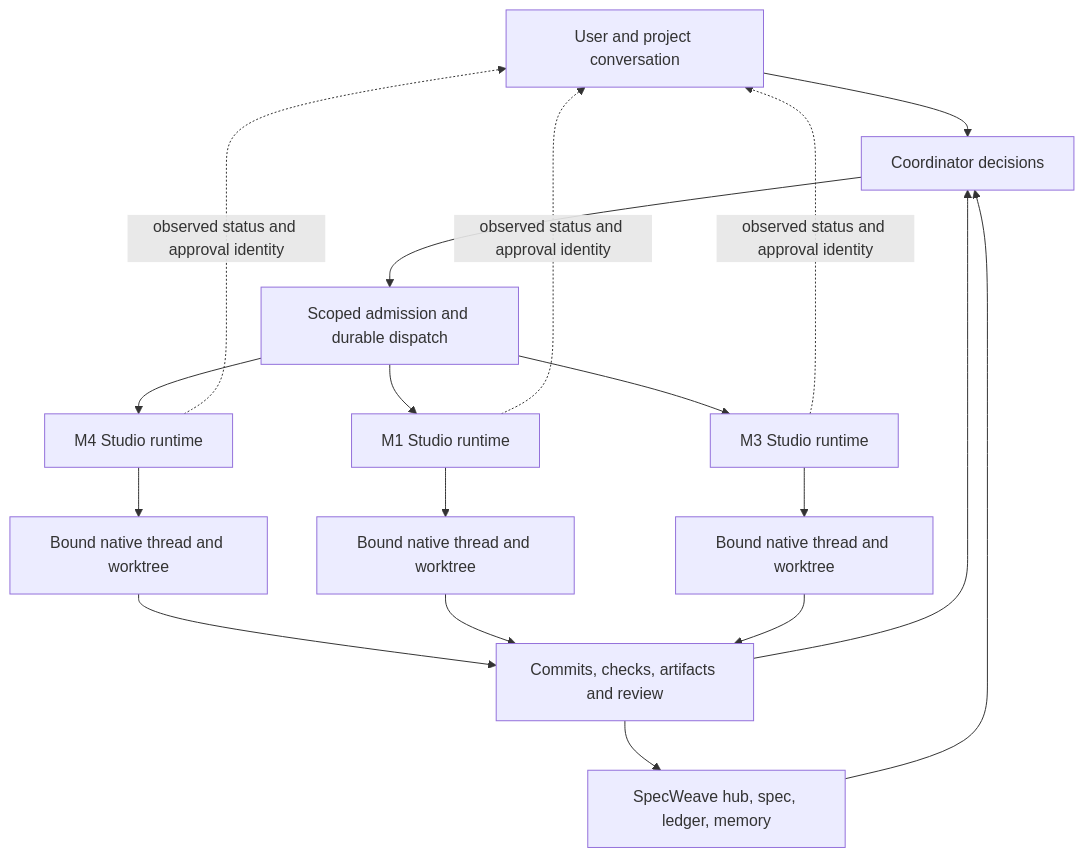
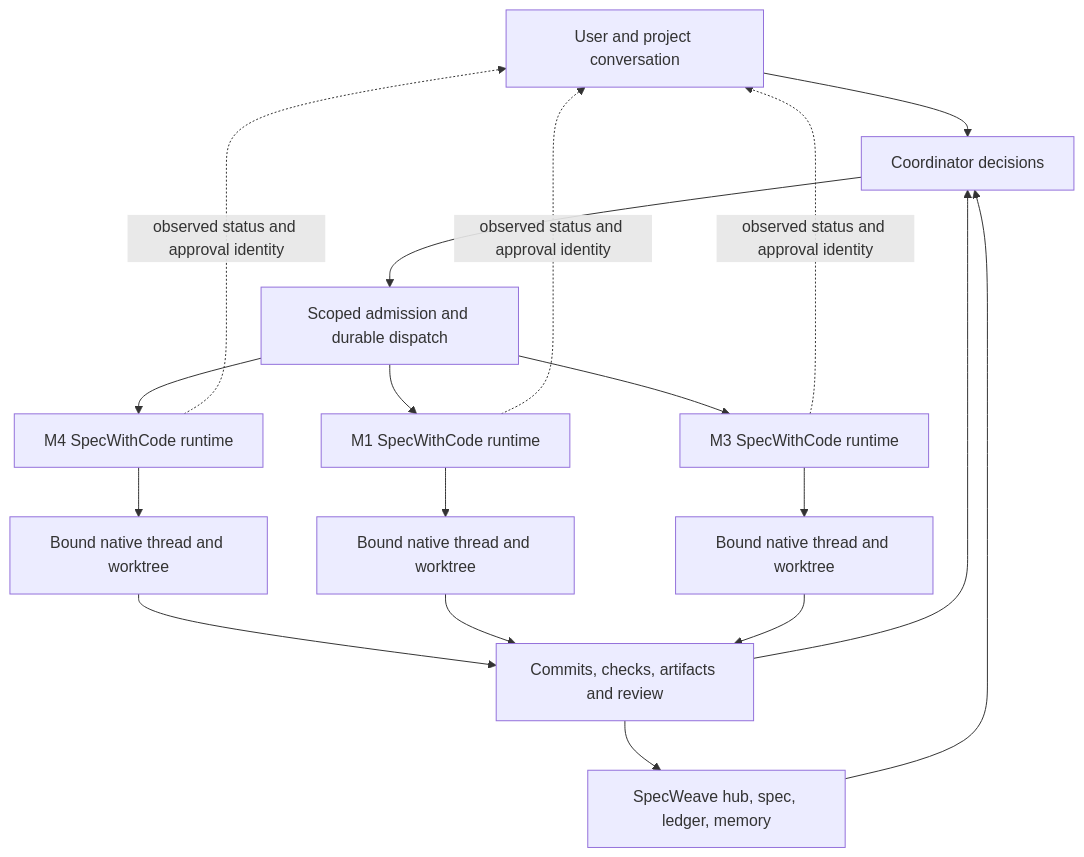
Before and after one commit to anton-abyzov/specwithcode: the diagram in docs/studio/project-orchestration.md, drawn with Mermaid. The commit also changed other lines of this file and 974 other files, not shown here.

First line of the commit message:
SpecWithCode 1.0.35

````diff
--- a/docs/studio/project-orchestration.md
+++ b/docs/studio/project-orchestration.md
@@ -131,20 +131,20 @@
 ```mermaid
 flowchart TB
   U[User and project conversation] --> C[Coordinator decisions]
   H[SpecWeave hub, spec, ledger, memory] --> C
   C --> A[Scoped admission and durable dispatch]
-  A --> M4[M4 Studio runtime]
-  A --> M1[M1 Studio runtime]
-  A --> M3[M3 Studio runtime]
+  A --> M4[M4 SpecWithCode runtime]
+  A --> M1[M1 SpecWithCode runtime]
+  A --> M3[M3 SpecWithCode runtime]
   M4 --> W4[Bound native thread and worktree]
   M1 --> W1[Bound native thread and worktree]
   M3 --> W3[Bound native thread and worktree]
   W4 --> E[Commits, checks, artifacts and review]
   W1 --> E
   W3 --> E
   E --> C
   E --> H
   M4 -. observed status and approval identity .-> U
   M1 -. observed status and approval identity .-> U
   M3 -. observed status and approval identity .-> U
 ```
````
